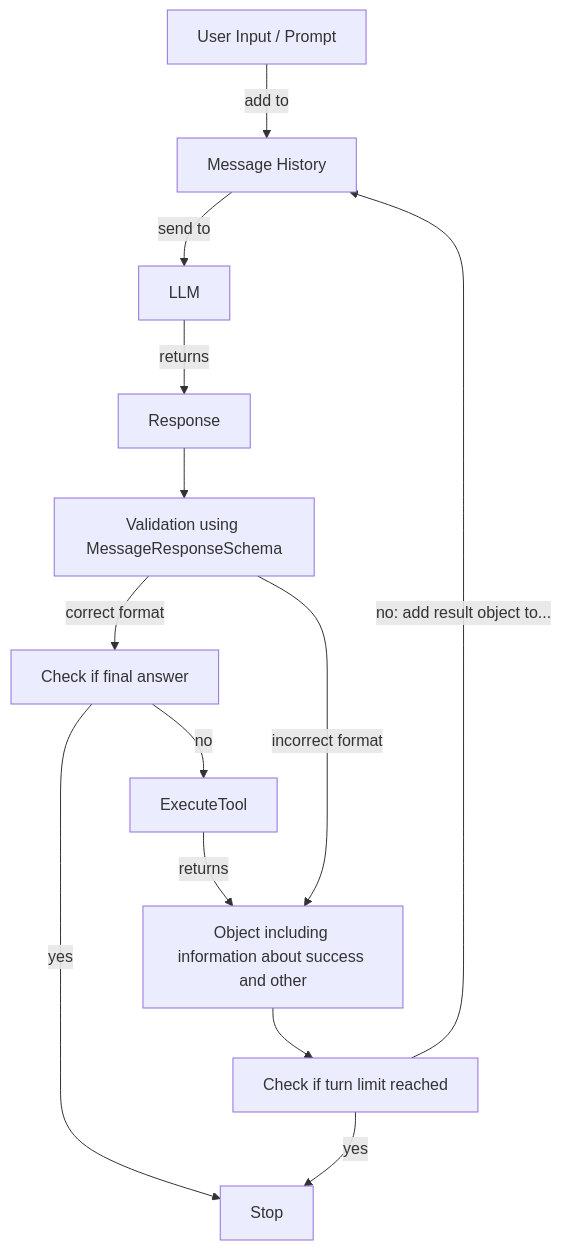
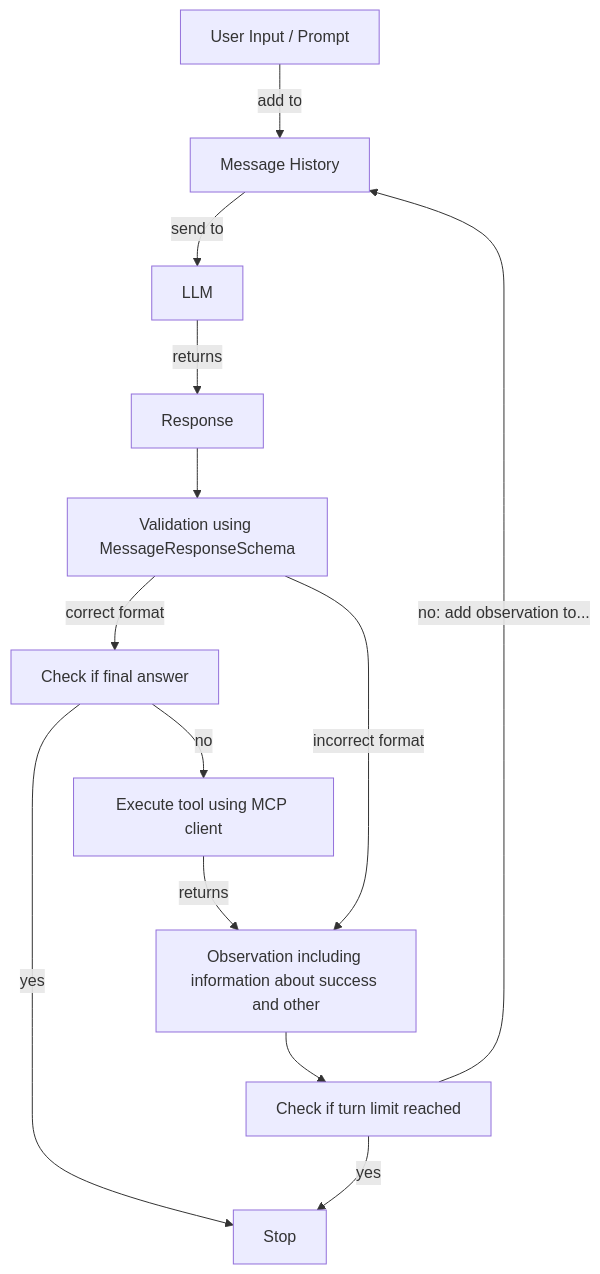
One commit to mqrv-mckl/react-agent-ts changed the diagram in README.md. Above: the diagram before and after it, drawn with Mermaid. The commit also changed other lines of this file and 3 other files, not shown here.

````diff
--- a/README.md
+++ b/README.md
@@ -27,9 +28,9 @@
 ```mermaid
 flowchart
     IN[User Input / Prompt] -->|add to| MH[Message History] -->|send to| LLM -->|returns| Res[Response] --> V[Validation using MessageResponseSchema]
     V -->|correct format| CheckFinal[Check if final answer] -->|yes| Stop
-    CheckFinal -->|no| Exec[ExecuteTool] -->|returns| Result[Object including information about success and other]
+    CheckFinal -->|no| Exec[Execute tool using MCP client] -->|returns| Result[Observation including information about success and other]
     V -->|incorrect format| Result
     Result --> LastAnsw[Check if turn limit reached] -->|yes| Stop
-    LastAnsw -->|no: add result object to...| MH
+    LastAnsw -->|no: add observation to...| MH
 ```
````
